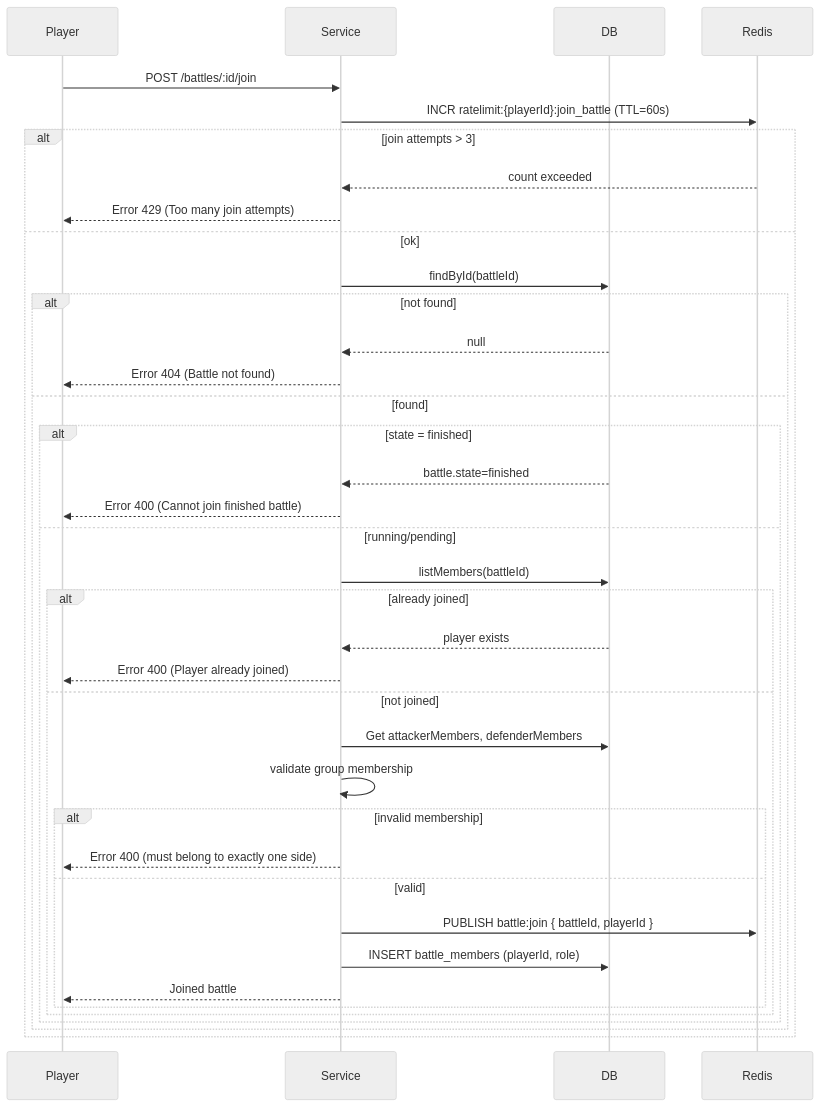
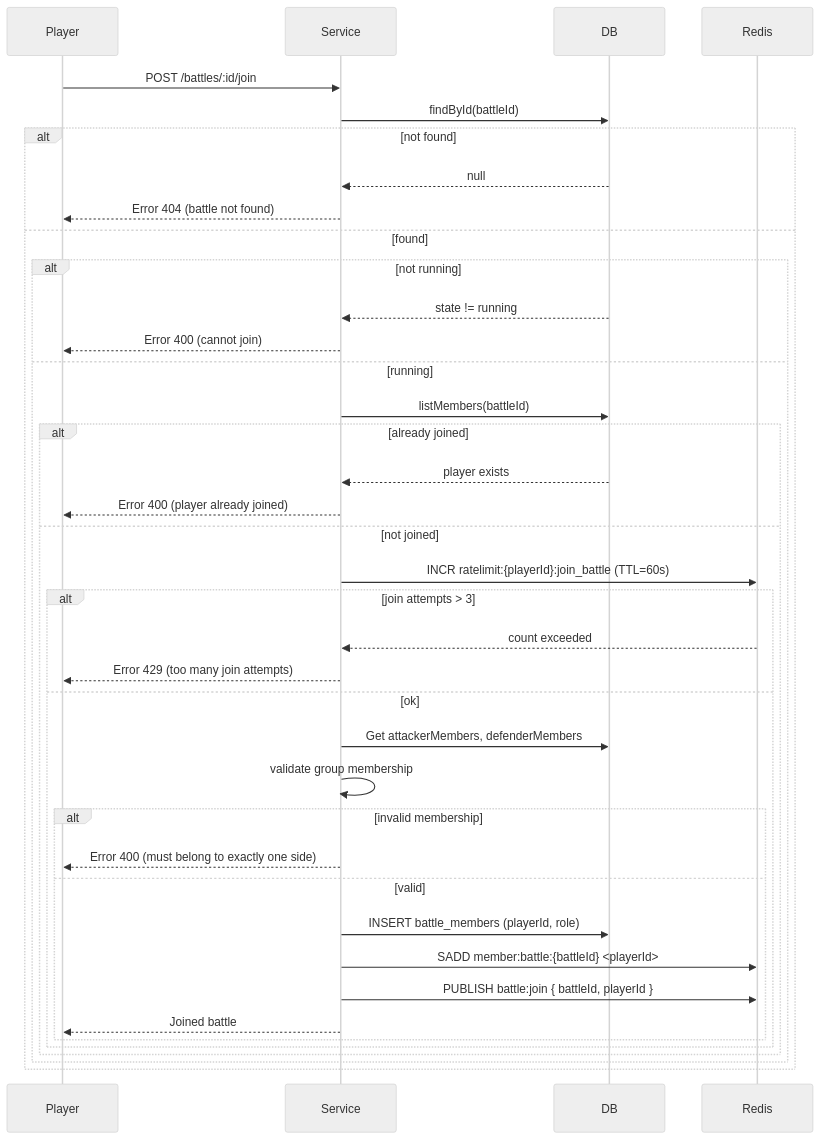
One commit to akulnurislam/social-game changed the third of 5 diagrams in README.md. Above: the diagram before and after it, drawn with Mermaid (neutral theme). The commit also changed other lines of this file and 2 other files, not shown here.

Commit message:
readme and architecture

````diff
--- a/README.md
+++ b/README.md
@@ -222,42 +257,42 @@
    ```mermaid
    sequenceDiagram
        participant Player
        participant Service
        participant DB
        participant Redis
    
        Player->>Service: POST /battles/:id/join
-       Service->>Redis: INCR ratelimit:{playerId}:join_battle (TTL=60s)
-       alt join attempts > 3
-           Redis-->>Service: count exceeded
-           Service-->>Player: Error 429 (Too many join attempts)
-       else ok
-           Service->>DB: findById(battleId)
-           alt not found
-               DB-->>Service: null
-               Service-->>Player: Error 404 (Battle not found)
-           else found
-               alt state = finished
-                   DB-->>Service: battle.state=finished
-                   Service-->>Player: Error 400 (Cannot join finished battle)
-               else running/pending
-                   Service->>DB: listMembers(battleId)
-                   alt already joined
-                       DB-->>Service: player exists
-                       Service-->>Player: Error 400 (Player already joined)
-                   else not joined
-   
+       Service->>DB: findById(battleId)
+       alt not found
+           DB-->>Service: null
+           Service-->>Player: Error 404 (battle not found)
+       else found
+           alt not running
+               DB-->>Service: state != running
+               Service-->>Player: Error 400 (cannot join)
+           else running
+               Service->>DB: listMembers(battleId)
+               alt already joined
+                   DB-->>Service: player exists
+                   Service-->>Player: Error 400 (player already joined)
+               else not joined
+                   Service->>Redis: INCR ratelimit:{playerId}:join_battle (TTL=60s)
+                   alt join attempts > 3
+                       Redis-->>Service: count exceeded
+                       Service-->>Player: Error 429 (too many join attempts)
+                   else ok
                        Service->>DB: Get attackerMembers, defenderMembers
                        Service->>Service: validate group membership
                        alt invalid membership
                            Service-->>Player: Error 400 (must belong to exactly one side)
                        else valid
+                           Service->>DB: INSERT battle_members (playerId, role)
+                           Service->>Redis: SADD member:battle:{battleId} <playerId>
                            Service->>Redis: PUBLISH battle:join { battleId, playerId }
-                           Service->>DB: INSERT battle_members (playerId, role)
                            Service-->>Player: Joined battle
                        end
                    end
                end
            end
        end
    ```
````
